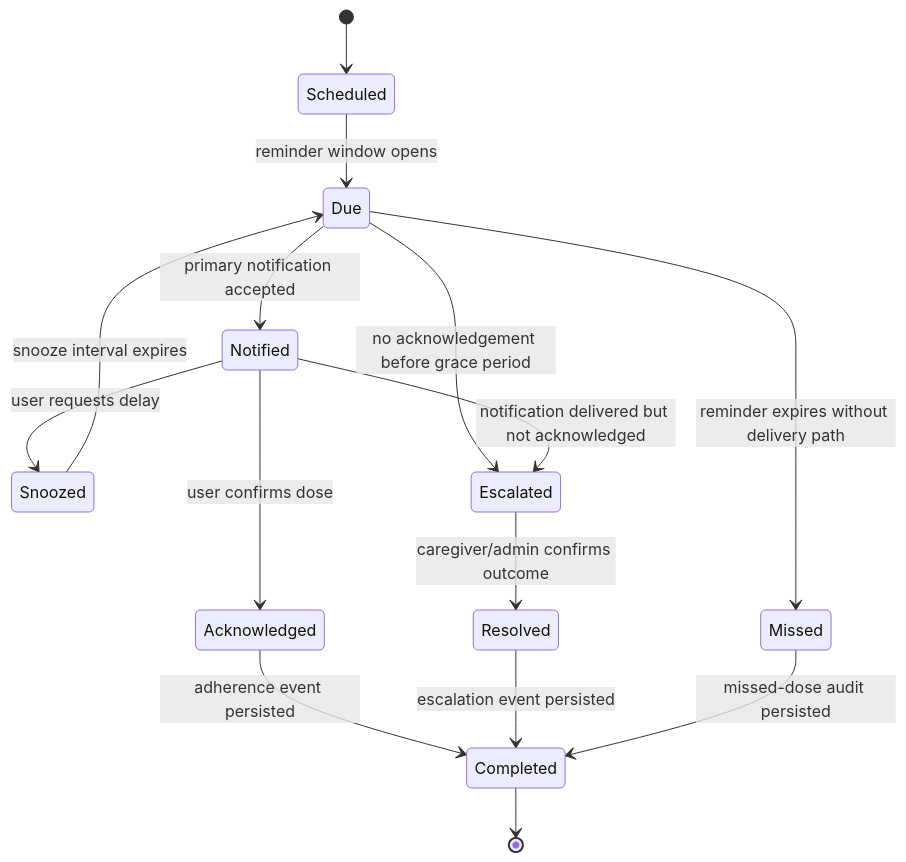
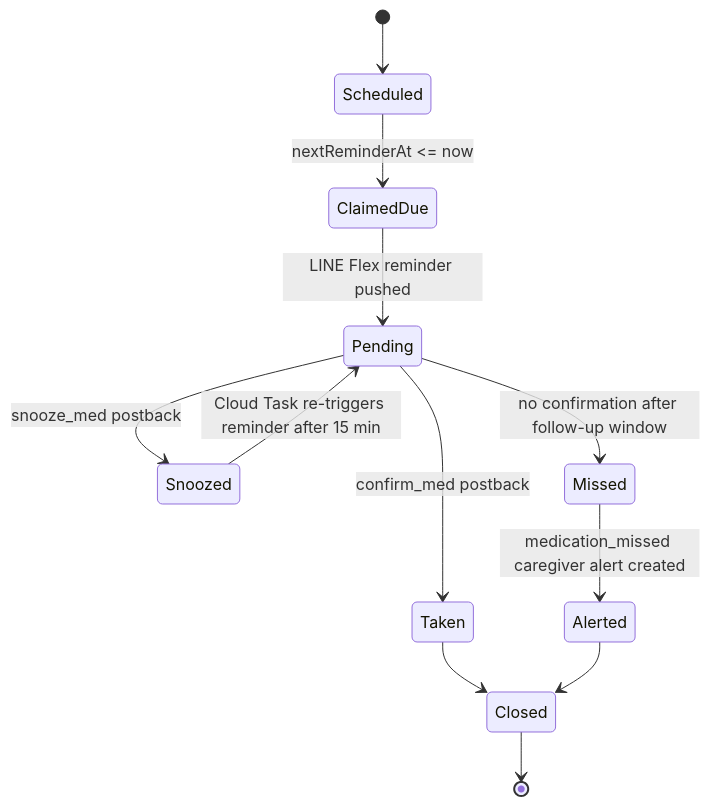
The diagram in 03_TECHNICAL_SPEC.md (icezingza/namo-care-confidential), drawn with Mermaid before and after one commit. The commit also changed other lines of this file and 10 other files, not shown here.

````diff
--- a/03_TECHNICAL_SPEC.md
+++ b/03_TECHNICAL_SPEC.md
@@ -17,17 +28,14 @@
 ```mermaid
 stateDiagram-v2
     [*] --> Scheduled
-    Scheduled --> Due: reminder window opens
-    Due --> Notified: primary notification accepted
-    Notified --> Acknowledged: user confirms dose
-    Notified --> Snoozed: user requests delay
-    Snoozed --> Due: snooze interval expires
-    Due --> Escalated: no acknowledgement before grace period
-    Notified --> Escalated: notification delivered but not acknowledged
-    Escalated --> Resolved: caregiver/admin confirms outcome
-    Acknowledged --> Completed: adherence event persisted
-    Resolved --> Completed: escalation event persisted
-    Completed --> [*]
-    Due --> Missed: reminder expires without delivery path
-    Missed --> Completed: missed-dose audit persisted
+    Scheduled --> ClaimedDue: nextReminderAt <= now
+    ClaimedDue --> Pending: LINE Flex reminder pushed
+    Pending --> Taken: confirm_med postback
+    Pending --> Snoozed: snooze_med postback
+    Snoozed --> Pending: Cloud Task re-triggers reminder after 15 min
+    Pending --> Missed: no confirmation after follow-up window
+    Missed --> Alerted: medication_missed caregiver alert created
+    Taken --> Closed
+    Alerted --> Closed
+    Closed --> [*]
 ```
````
